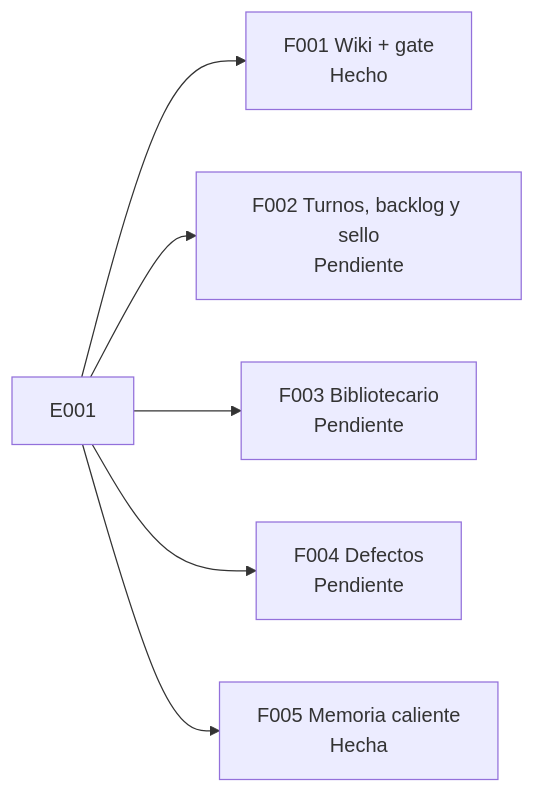
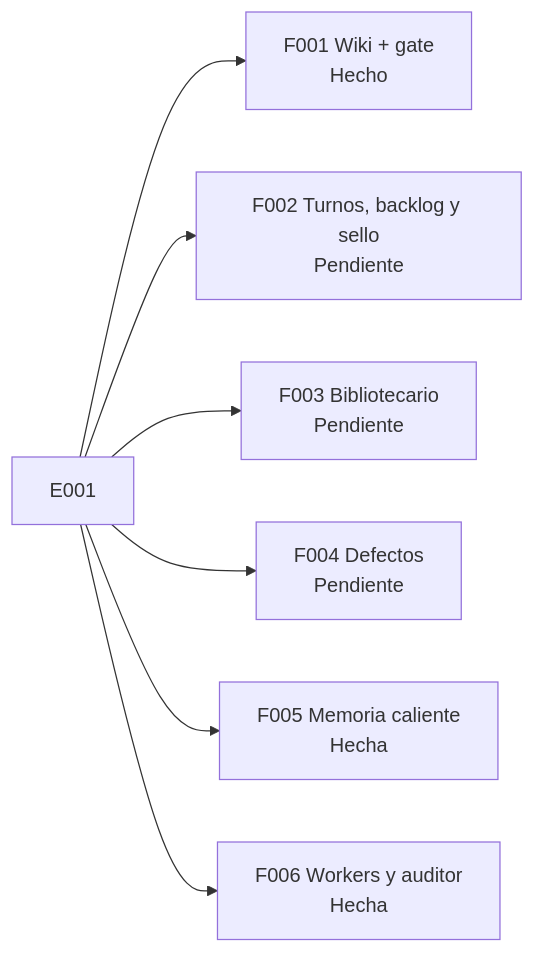
One commit to jliberal-aquas/aquas-central-harness-government changed the second of 2 diagrams in docs/E001/README.md. Above: the diagram before and after it, drawn with Mermaid. The commit also changed other lines of this file and 15 other files, not shown here.

````diff
--- a/docs/E001/README.md
+++ b/docs/E001/README.md
@@ -120,8 +121,9 @@
 ```mermaid
 flowchart LR
     E["E001"] --> F1["F001 Wiki + gate<br/>Hecho"]
     E --> F2["F002 Turnos, backlog y sello<br/>Pendiente"]
     E --> F3["F003 Bibliotecario<br/>Pendiente"]
     E --> F4["F004 Defectos<br/>Pendiente"]
     E --> F5["F005 Memoria caliente<br/>Hecha"]
+    E --> F6["F006 Workers y auditor<br/>Hecha"]
 ```
````
